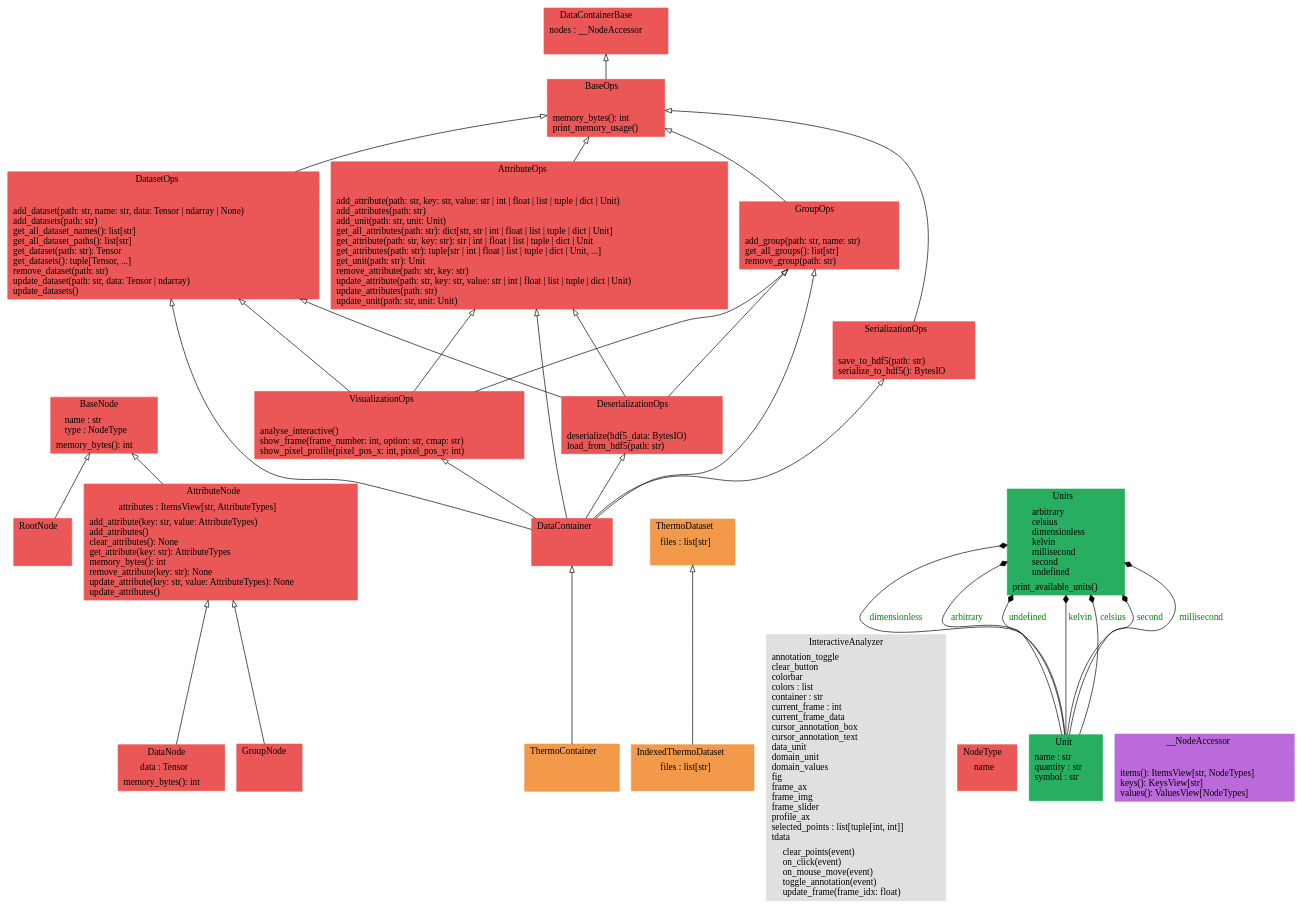
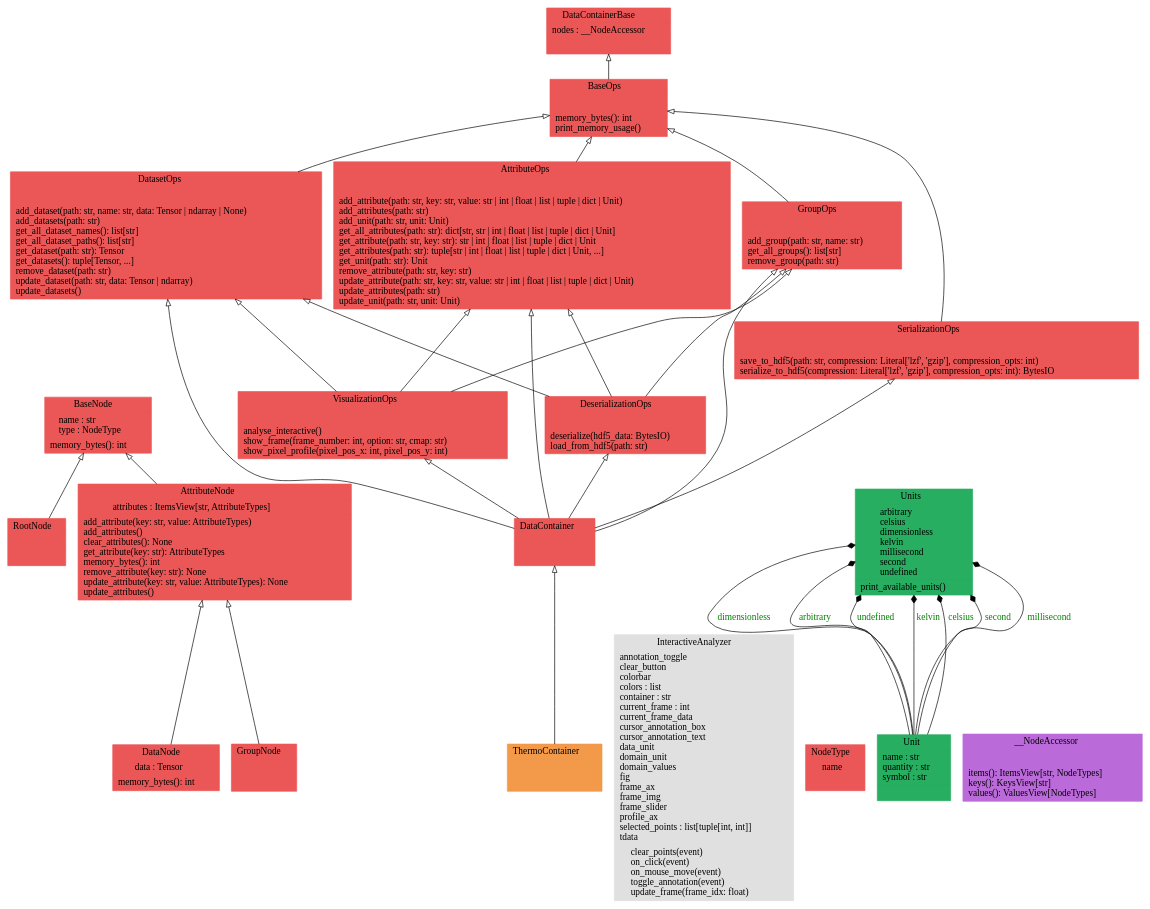
One commit to voidsy-gmbh/pyThermoNDT changed the diagram in docs/pyreverse/graphviz/classes_pythermondt.data.gv. Above: the diagram before and after it, drawn with Graphviz. The commit also changed 35 other files, not shown here.

```diff
--- a/docs/pyreverse/graphviz/classes_pythermondt.data.gv
+++ b/docs/pyreverse/graphviz/classes_pythermondt.data.gv
@@ -1,56 +1,53 @@
 digraph "classes_pythermondt.data" {
 rankdir=BT
 charset="utf-8"
 "pythermondt.data.datacontainer.node.AttributeNode" [color="#EB5757", fontcolor="black", label=<{AttributeNode|attributes : ItemsView[str, AttributeTypes]<br ALIGN="LEFT"/>|add_attribute(key: str, value: AttributeTypes)<br ALIGN="LEFT"/>add_attributes()<br ALIGN="LEFT"/>clear_attributes(): None<br ALIGN="LEFT"/>get_attribute(key: str): AttributeTypes<br ALIGN="LEFT"/>memory_bytes(): int<br ALIGN="LEFT"/>remove_attribute(key: str): None<br ALIGN="LEFT"/>update_attribute(key: str, value: AttributeTypes): None<br ALIGN="LEFT"/>update_attributes()<br ALIGN="LEFT"/>}>, shape="record", style="filled"];
 "pythermondt.data.datacontainer.attribute_ops.AttributeOps" [color="#EB5757", fontcolor="black", label=<{AttributeOps|<br ALIGN="LEFT"/>|add_attribute(path: str, key: str, value: str \| int \| float \| list \| tuple \| dict \| Unit)<br ALIGN="LEFT"/>add_attributes(path: str)<br ALIGN="LEFT"/>add_unit(path: str, unit: Unit)<br ALIGN="LEFT"/>get_all_attributes(path: str): dict[str, str \| int \| float \| list \| tuple \| dict \| Unit]<br ALIGN="LEFT"/>get_attribute(path: str, key: str): str \| int \| float \| list \| tuple \| dict \| Unit<br ALIGN="LEFT"/>get_attributes(path: str): tuple[str \| int \| float \| list \| tuple \| dict \| Unit, ...]<br ALIGN="LEFT"/>get_unit(path: str): Unit<br ALIGN="LEFT"/>remove_attribute(path: str, key: str)<br ALIGN="LEFT"/>update_attribute(path: str, key: str, value: str \| int \| float \| list \| tuple \| dict \| Unit)<br ALIGN="LEFT"/>update_attributes(path: str)<br ALIGN="LEFT"/>update_unit(path: str, unit: Unit)<br ALIGN="LEFT"/>}>, shape="record", style="filled"];
 "pythermondt.data.datacontainer.node.BaseNode" [color="#EB5757", fontcolor="black", label=<{BaseNode|name : str<br ALIGN="LEFT"/>type : NodeType<br ALIGN="LEFT"/>|memory_bytes(): int<br ALIGN="LEFT"/>}>, shape="record", style="filled"];
 "pythermondt.data.datacontainer.base.BaseOps" [color="#EB5757", fontcolor="black", label=<{BaseOps|<br ALIGN="LEFT"/>|memory_bytes(): int<br ALIGN="LEFT"/>print_memory_usage()<br ALIGN="LEFT"/>}>, shape="record", style="filled"];
 "pythermondt.data.datacontainer.core.DataContainer" [color="#EB5757", fontcolor="black", label=<{DataContainer|<br ALIGN="LEFT"/>|}>, shape="record", style="filled"];
 "pythermondt.data.datacontainer.base.DataContainerBase" [color="#EB5757", fontcolor="black", label=<{DataContainerBase|nodes : __NodeAccessor<br ALIGN="LEFT"/>|}>, shape="record", style="filled"];
 "pythermondt.data.datacontainer.node.DataNode" [color="#EB5757", fontcolor="black", label=<{DataNode|data : Tensor<br ALIGN="LEFT"/>|memory_bytes(): int<br ALIGN="LEFT"/>}>, shape="record", style="filled"];
 "pythermondt.data.datacontainer.dataset_ops.DatasetOps" [color="#EB5757", fontcolor="black", label=<{DatasetOps|<br ALIGN="LEFT"/>|add_dataset(path: str, name: str, data: Tensor \| ndarray \| None)<br ALIGN="LEFT"/>add_datasets(path: str)<br ALIGN="LEFT"/>get_all_dataset_names(): list[str]<br ALIGN="LEFT"/>get_all_dataset_paths(): list[str]<br ALIGN="LEFT"/>get_dataset(path: str): Tensor<br ALIGN="LEFT"/>get_datasets(): tuple[Tensor, ...]<br ALIGN="LEFT"/>remove_dataset(path: str)<br ALIGN="LEFT"/>update_dataset(path: str, data: Tensor \| ndarray)<br ALIGN="LEFT"/>update_datasets()<br ALIGN="LEFT"/>}>, shape="record", style="filled"];
 "pythermondt.data.datacontainer.serialization_ops.DeserializationOps" [color="#EB5757", fontcolor="black", label=<{DeserializationOps|<br ALIGN="LEFT"/>|deserialize(hdf5_data: BytesIO)<br ALIGN="LEFT"/>load_from_hdf5(path: str)<br ALIGN="LEFT"/>}>, shape="record", style="filled"];
 "pythermondt.data.datacontainer.node.GroupNode" [color="#EB5757", fontcolor="black", label=<{GroupNode|<br ALIGN="LEFT"/>|}>, shape="record", style="filled"];
 "pythermondt.data.datacontainer.group_ops.GroupOps" [color="#EB5757", fontcolor="black", label=<{GroupOps|<br ALIGN="LEFT"/>|add_group(path: str, name: str)<br ALIGN="LEFT"/>get_all_groups(): list[str]<br ALIGN="LEFT"/>remove_group(path: str)<br ALIGN="LEFT"/>}>, shape="record", style="filled"];
-"pythermondt.data.thermo_dataset.IndexedThermoDataset" [color="#F2994A", fontcolor="black", label=<{IndexedThermoDataset|files : list[str]<br ALIGN="LEFT"/>|}>, shape="record", style="filled"];
 "pythermondt.data.datacontainer.visualization_ops.VisualizationOps.InteractiveAnalyzer" [color="#E0E0E0", fontcolor="black", label=<{InteractiveAnalyzer|annotation_toggle<br ALIGN="LEFT"/>clear_button<br ALIGN="LEFT"/>colorbar<br ALIGN="LEFT"/>colors : list<br ALIGN="LEFT"/>container : str<br ALIGN="LEFT"/>current_frame : int<br ALIGN="LEFT"/>current_frame_data<br ALIGN="LEFT"/>cursor_annotation_box<br ALIGN="LEFT"/>cursor_annotation_text<br ALIGN="LEFT"/>data_unit<br ALIGN="LEFT"/>domain_unit<br ALIGN="LEFT"/>domain_values<br ALIGN="LEFT"/>fig<br ALIGN="LEFT"/>frame_ax<br ALIGN="LEFT"/>frame_img<br ALIGN="LEFT"/>frame_slider<br ALIGN="LEFT"/>profile_ax<br ALIGN="LEFT"/>selected_points : list[tuple[int, int]]<br ALIGN="LEFT"/>tdata<br ALIGN="LEFT"/>|clear_points(event)<br ALIGN="LEFT"/>on_click(event)<br ALIGN="LEFT"/>on_mouse_move(event)<br ALIGN="LEFT"/>toggle_annotation(event)<br ALIGN="LEFT"/>update_frame(frame_idx: float)<br ALIGN="LEFT"/>}>, shape="record", style="filled"];
 "pythermondt.data.datacontainer.node.NodeType" [color="#EB5757", fontcolor="black", label=<{NodeType|name<br ALIGN="LEFT"/>|}>, shape="record", style="filled"];
 "pythermondt.data.datacontainer.node.RootNode" [color="#EB5757", fontcolor="black", label=<{RootNode|<br ALIGN="LEFT"/>|}>, shape="record", style="filled"];
-"pythermondt.data.datacontainer.serialization_ops.SerializationOps" [color="#EB5757", fontcolor="black", label=<{SerializationOps|<br ALIGN="LEFT"/>|save_to_hdf5(path: str)<br ALIGN="LEFT"/>serialize_to_hdf5(): BytesIO<br ALIGN="LEFT"/>}>, shape="record", style="filled"];
+"pythermondt.data.datacontainer.serialization_ops.SerializationOps" [color="#EB5757", fontcolor="black", label=<{SerializationOps|<br ALIGN="LEFT"/>|save_to_hdf5(path: str, compression: Literal['lzf', 'gzip'], compression_opts: int)<br ALIGN="LEFT"/>serialize_to_hdf5(compression: Literal['lzf', 'gzip'], compression_opts: int): BytesIO<br ALIGN="LEFT"/>}>, shape="record", style="filled"];
 "pythermondt.data.thermo_container.ThermoContainer" [color="#F2994A", fontcolor="black", label=<{ThermoContainer|<br ALIGN="LEFT"/>|}>, shape="record", style="filled"];
-"pythermondt.data.thermo_dataset.ThermoDataset" [color="#F2994A", fontcolor="black", label=<{ThermoDataset|files : list[str]<br ALIGN="LEFT"/>|}>, shape="record", style="filled"];
 "pythermondt.data.units._unit.Unit" [color="#27AE60", fontcolor="black", label=<{Unit|name : str<br ALIGN="LEFT"/>quantity : str<br ALIGN="LEFT"/>symbol : str<br ALIGN="LEFT"/>|}>, shape="record", style="filled"];
 "pythermondt.data.units.units.Units" [color="#27AE60", fontcolor="black", label=<{Units|arbitrary<br ALIGN="LEFT"/>celsius<br ALIGN="LEFT"/>dimensionless<br ALIGN="LEFT"/>kelvin<br ALIGN="LEFT"/>millisecond<br ALIGN="LEFT"/>second<br ALIGN="LEFT"/>undefined<br ALIGN="LEFT"/>|print_available_units()<br ALIGN="LEFT"/>}>, shape="record", style="filled"];
 "pythermondt.data.datacontainer.visualization_ops.VisualizationOps" [color="#EB5757", fontcolor="black", label=<{VisualizationOps|<br ALIGN="LEFT"/>|analyse_interactive()<br ALIGN="LEFT"/>show_frame(frame_number: int, option: str, cmap: str)<br ALIGN="LEFT"/>show_pixel_profile(pixel_pos_x: int, pixel_pos_y: int)<br ALIGN="LEFT"/>}>, shape="record", style="filled"];
 "pythermondt.data.datacontainer.base.DataContainerBase.__NodeAccessor" [color="#BB6BD9", fontcolor="black", label=<{__NodeAccessor|<br ALIGN="LEFT"/>|items(): ItemsView[str, NodeTypes]<br ALIGN="LEFT"/>keys(): KeysView[str]<br ALIGN="LEFT"/>values(): ValuesView[NodeTypes]<br ALIGN="LEFT"/>}>, shape="record", style="filled"];
 "pythermondt.data.datacontainer.attribute_ops.AttributeOps" -> "pythermondt.data.datacontainer.base.BaseOps" [arrowhead="empty", arrowtail="none"];
 "pythermondt.data.datacontainer.base.BaseOps" -> "pythermondt.data.datacontainer.base.DataContainerBase" [arrowhead="empty", arrowtail="none"];
 "pythermondt.data.datacontainer.core.DataContainer" -> "pythermondt.data.datacontainer.attribute_ops.AttributeOps" [arrowhead="empty", arrowtail="none"];
 "pythermondt.data.datacontainer.core.DataContainer" -> "pythermondt.data.datacontainer.dataset_ops.DatasetOps" [arrowhead="empty", arrowtail="none"];
 "pythermondt.data.datacontainer.core.DataContainer" -> "pythermondt.data.datacontainer.group_ops.GroupOps" [arrowhead="empty", arrowtail="none"];
 "pythermondt.data.datacontainer.core.DataContainer" -> "pythermondt.data.datacontainer.serialization_ops.DeserializationOps" [arrowhead="empty", arrowtail="none"];
 "pythermondt.data.datacontainer.core.DataContainer" -> "pythermondt.data.datacontainer.serialization_ops.SerializationOps" [arrowhead="empty", arrowtail="none"];
 "pythermondt.data.datacontainer.core.DataContainer" -> "pythermondt.data.datacontainer.visualization_ops.VisualizationOps" [arrowhead="empty", arrowtail="none"];
 "pythermondt.data.datacontainer.dataset_ops.DatasetOps" -> "pythermondt.data.datacontainer.base.BaseOps" [arrowhead="empty", arrowtail="none"];
 "pythermondt.data.datacontainer.group_ops.GroupOps" -> "pythermondt.data.datacontainer.base.BaseOps" [arrowhead="empty", arrowtail="none"];
 "pythermondt.data.datacontainer.node.AttributeNode" -> "pythermondt.data.datacontainer.node.BaseNode" [arrowhead="empty", arrowtail="none"];
 "pythermondt.data.datacontainer.node.DataNode" -> "pythermondt.data.datacontainer.node.AttributeNode" [arrowhead="empty", arrowtail="none"];
 "pythermondt.data.datacontainer.node.GroupNode" -> "pythermondt.data.datacontainer.node.AttributeNode" [arrowhead="empty", arrowtail="none"];
 "pythermondt.data.datacontainer.node.RootNode" -> "pythermondt.data.datacontainer.node.BaseNode" [arrowhead="empty", arrowtail="none"];
 "pythermondt.data.datacontainer.serialization_ops.DeserializationOps" -> "pythermondt.data.datacontainer.attribute_ops.AttributeOps" [arrowhead="empty", arrowtail="none"];
 "pythermondt.data.datacontainer.serialization_ops.DeserializationOps" -> "pythermondt.data.datacontainer.dataset_ops.DatasetOps" [arrowhead="empty", arrowtail="none"];
 "pythermondt.data.datacontainer.serialization_ops.DeserializationOps" -> "pythermondt.data.datacontainer.group_ops.GroupOps" [arrowhead="empty", arrowtail="none"];
 "pythermondt.data.datacontainer.serialization_ops.SerializationOps" -> "pythermondt.data.datacontainer.base.BaseOps" [arrowhead="empty", arrowtail="none"];
 "pythermondt.data.datacontainer.visualization_ops.VisualizationOps" -> "pythermondt.data.datacontainer.attribute_ops.AttributeOps" [arrowhead="empty", arrowtail="none"];
 "pythermondt.data.datacontainer.visualization_ops.VisualizationOps" -> "pythermondt.data.datacontainer.dataset_ops.DatasetOps" [arrowhead="empty", arrowtail="none"];
 "pythermondt.data.datacontainer.visualization_ops.VisualizationOps" -> "pythermondt.data.datacontainer.group_ops.GroupOps" [arrowhead="empty", arrowtail="none"];
 "pythermondt.data.thermo_container.ThermoContainer" -> "pythermondt.data.datacontainer.core.DataContainer" [arrowhead="empty", arrowtail="none"];
-"pythermondt.data.thermo_dataset.IndexedThermoDataset" -> "pythermondt.data.thermo_dataset.ThermoDataset" [arrowhead="empty", arrowtail="none"];
 "pythermondt.data.units._unit.Unit" -> "pythermondt.data.units.units.Units" [arrowhead="diamond", arrowtail="none", fontcolor="green", label="dimensionless", style="solid"];
 "pythermondt.data.units._unit.Unit" -> "pythermondt.data.units.units.Units" [arrowhead="diamond", arrowtail="none", fontcolor="green", label="arbitrary", style="solid"];
 "pythermondt.data.units._unit.Unit" -> "pythermondt.data.units.units.Units" [arrowhead="diamond", arrowtail="none", fontcolor="green", label="undefined", style="solid"];
 "pythermondt.data.units._unit.Unit" -> "pythermondt.data.units.units.Units" [arrowhead="diamond", arrowtail="none", fontcolor="green", label="kelvin", style="solid"];
 "pythermondt.data.units._unit.Unit" -> "pythermondt.data.units.units.Units" [arrowhead="diamond", arrowtail="none", fontcolor="green", label="celsius", style="solid"];
 "pythermondt.data.units._unit.Unit" -> "pythermondt.data.units.units.Units" [arrowhead="diamond", arrowtail="none", fontcolor="green", label="second", style="solid"];
 "pythermondt.data.units._unit.Unit" -> "pythermondt.data.units.units.Units" [arrowhead="diamond", arrowtail="none", fontcolor="green", label="millisecond", style="solid"];
 }
```
